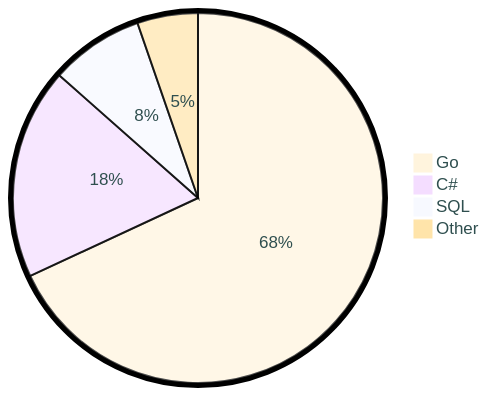
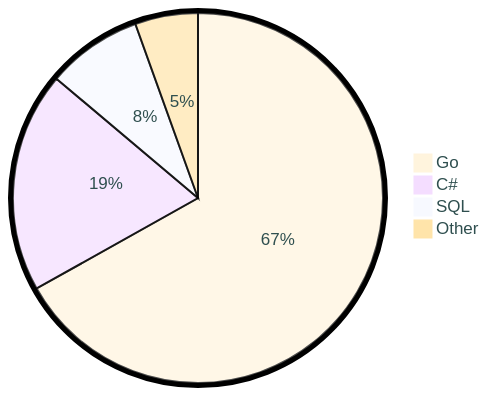
Before and after one commit to tot0p/tot0p: the diagram in README.md, drawn with Mermaid. The commit also changed other lines of this file, not shown here.

````diff
--- a/README.md
+++ b/README.md
@@ -79,8 +77,8 @@
 ```mermaid
 %%{init: {"pie": {"textPosition": 0.5}, "themeVariables": {"pieOuterStrokeWidth": "5px","primaryTextColor" : "#2F4F4F"},"theme":"base"} }%%
 pie
-	"Go": 68.07
-	"C#": 18.45
-	"SQL": 8.17
-	"Other": 5.299999999999999
+	"Go": 66.88
+	"C#": 19.28
+	"SQL": 8.36
+	"Other": 5.499999999999999
 ```
````
